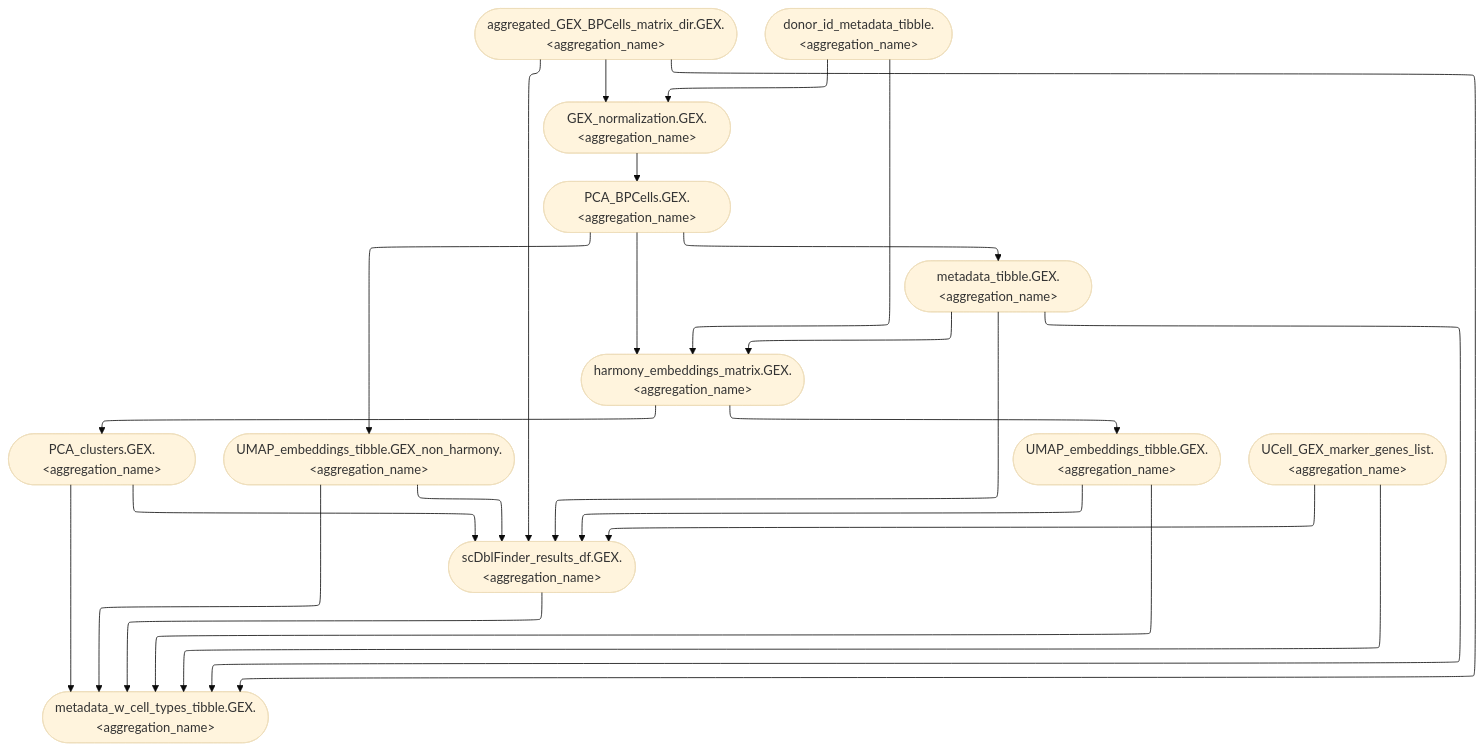
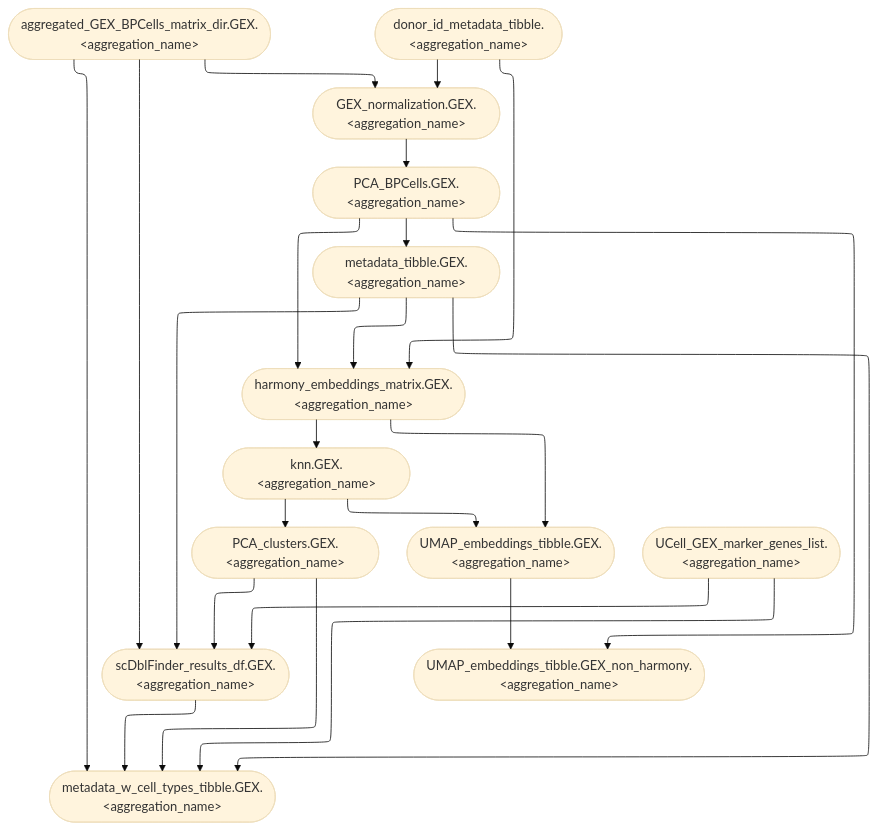
The diagram in website/figures/human_curated/GEX_v2.mmd (koefoeden/multiomeR), drawn with Mermaid (base theme) before and after one commit. The commit also changed 13 other files, not shown here.

First line of the commit message:
Refresh the manual's graphs, demo outputs and defaults

```diff
--- a/website/figures/human_curated/GEX_v2.mmd
+++ b/website/figures/human_curated/GEX_v2.mmd
@@ -1,25 +1,24 @@
 %%{init: {'flowchart': {'defaultRenderer': 'elk'}}}%%
 flowchart TB
   PCA_BPCells.GEX.ENCODE_heart_LV_6x(["PCA_BPCells.GEX.&lt;aggregation_name&gt;"]):::none --> harmony_embeddings_matrix.GEX.ENCODE_heart_LV_6x(["harmony_embeddings_matrix.GEX.&lt;aggregation_name&gt;"]):::none
+  harmony_embeddings_matrix.GEX.ENCODE_heart_LV_6x(["harmony_embeddings_matrix.GEX.&lt;aggregation_name&gt;"]):::none --> knn.GEX.ENCODE_heart_LV_6x(["knn.GEX.&lt;aggregation_name&gt;"]):::none
   PCA_BPCells.GEX.ENCODE_heart_LV_6x(["PCA_BPCells.GEX.&lt;aggregation_name&gt;"]):::none --> metadata_tibble.GEX.ENCODE_heart_LV_6x(["metadata_tibble.GEX.&lt;aggregation_name&gt;"]):::none
   scDblFinder_results_df.GEX.ENCODE_heart_LV_6x(["scDblFinder_results_df.GEX.&lt;aggregation_name&gt;"]):::none --> metadata_w_cell_types_tibble.GEX.ENCODE_heart_LV_6x(["metadata_w_cell_types_tibble.GEX.&lt;aggregation_name&gt;"]):::none
   GEX_normalization.GEX.ENCODE_heart_LV_6x(["GEX_normalization.GEX.&lt;aggregation_name&gt;"]):::none --> PCA_BPCells.GEX.ENCODE_heart_LV_6x(["PCA_BPCells.GEX.&lt;aggregation_name&gt;"]):::none
-  harmony_embeddings_matrix.GEX.ENCODE_heart_LV_6x(["harmony_embeddings_matrix.GEX.&lt;aggregation_name&gt;"]):::none --> PCA_clusters.GEX.ENCODE_heart_LV_6x(["PCA_clusters.GEX.&lt;aggregation_name&gt;"]):::none
+  knn.GEX.ENCODE_heart_LV_6x(["knn.GEX.&lt;aggregation_name&gt;"]):::none --> PCA_clusters.GEX.ENCODE_heart_LV_6x(["PCA_clusters.GEX.&lt;aggregation_name&gt;"]):::none
   PCA_BPCells.GEX.ENCODE_heart_LV_6x(["PCA_BPCells.GEX.&lt;aggregation_name&gt;"]):::none --> UMAP_embeddings_tibble.GEX_non_harmony.ENCODE_heart_LV_6x(["UMAP_embeddings_tibble.GEX_non_harmony.&lt;aggregation_name&gt;"]):::none
+  UMAP_embeddings_tibble.GEX.ENCODE_heart_LV_6x(["UMAP_embeddings_tibble.GEX.&lt;aggregation_name&gt;"]):::none --> UMAP_embeddings_tibble.GEX_non_harmony.ENCODE_heart_LV_6x(["UMAP_embeddings_tibble.GEX_non_harmony.&lt;aggregation_name&gt;"]):::none
   harmony_embeddings_matrix.GEX.ENCODE_heart_LV_6x(["harmony_embeddings_matrix.GEX.&lt;aggregation_name&gt;"]):::none --> UMAP_embeddings_tibble.GEX.ENCODE_heart_LV_6x(["UMAP_embeddings_tibble.GEX.&lt;aggregation_name&gt;"]):::none
+  knn.GEX.ENCODE_heart_LV_6x(["knn.GEX.&lt;aggregation_name&gt;"]):::none --> UMAP_embeddings_tibble.GEX.ENCODE_heart_LV_6x(["UMAP_embeddings_tibble.GEX.&lt;aggregation_name&gt;"]):::none
   aggregated_GEX_BPCells_matrix_dir.GEX.ENCODE_heart_LV_6x(["aggregated_GEX_BPCells_matrix_dir.GEX.&lt;aggregation_name&gt;"]):::none --> GEX_normalization.GEX.ENCODE_heart_LV_6x(["GEX_normalization.GEX.&lt;aggregation_name&gt;"]):::none
   aggregated_GEX_BPCells_matrix_dir.GEX.ENCODE_heart_LV_6x(["aggregated_GEX_BPCells_matrix_dir.GEX.&lt;aggregation_name&gt;"]):::none --> scDblFinder_results_df.GEX.ENCODE_heart_LV_6x(["scDblFinder_results_df.GEX.&lt;aggregation_name&gt;"]):::none
   aggregated_GEX_BPCells_matrix_dir.GEX.ENCODE_heart_LV_6x(["aggregated_GEX_BPCells_matrix_dir.GEX.&lt;aggregation_name&gt;"]):::none --> metadata_w_cell_types_tibble.GEX.ENCODE_heart_LV_6x(["metadata_w_cell_types_tibble.GEX.&lt;aggregation_name&gt;"]):::none
+  PCA_clusters.GEX.ENCODE_heart_LV_6x(["PCA_clusters.GEX.&lt;aggregation_name&gt;"]):::none --> metadata_w_cell_types_tibble.GEX.ENCODE_heart_LV_6x(["metadata_w_cell_types_tibble.GEX.&lt;aggregation_name&gt;"]):::none
+  metadata_tibble.GEX.ENCODE_heart_LV_6x(["metadata_tibble.GEX.&lt;aggregation_name&gt;"]):::none --> metadata_w_cell_types_tibble.GEX.ENCODE_heart_LV_6x(["metadata_w_cell_types_tibble.GEX.&lt;aggregation_name&gt;"]):::none
   UCell_GEX_marker_genes_list.ENCODE_heart_LV_6x(["UCell_GEX_marker_genes_list.&lt;aggregation_name&gt;"]):::none --> metadata_w_cell_types_tibble.GEX.ENCODE_heart_LV_6x(["metadata_w_cell_types_tibble.GEX.&lt;aggregation_name&gt;"]):::none
-  PCA_clusters.GEX.ENCODE_heart_LV_6x(["PCA_clusters.GEX.&lt;aggregation_name&gt;"]):::none --> metadata_w_cell_types_tibble.GEX.ENCODE_heart_LV_6x(["metadata_w_cell_types_tibble.GEX.&lt;aggregation_name&gt;"]):::none
-  UMAP_embeddings_tibble.GEX.ENCODE_heart_LV_6x(["UMAP_embeddings_tibble.GEX.&lt;aggregation_name&gt;"]):::none --> metadata_w_cell_types_tibble.GEX.ENCODE_heart_LV_6x(["metadata_w_cell_types_tibble.GEX.&lt;aggregation_name&gt;"]):::none
-  metadata_tibble.GEX.ENCODE_heart_LV_6x(["metadata_tibble.GEX.&lt;aggregation_name&gt;"]):::none --> metadata_w_cell_types_tibble.GEX.ENCODE_heart_LV_6x(["metadata_w_cell_types_tibble.GEX.&lt;aggregation_name&gt;"]):::none
-  UMAP_embeddings_tibble.GEX_non_harmony.ENCODE_heart_LV_6x(["UMAP_embeddings_tibble.GEX_non_harmony.&lt;aggregation_name&gt;"]):::none --> metadata_w_cell_types_tibble.GEX.ENCODE_heart_LV_6x(["metadata_w_cell_types_tibble.GEX.&lt;aggregation_name&gt;"]):::none
+  PCA_clusters.GEX.ENCODE_heart_LV_6x(["PCA_clusters.GEX.&lt;aggregation_name&gt;"]):::none --> scDblFinder_results_df.GEX.ENCODE_heart_LV_6x(["scDblFinder_results_df.GEX.&lt;aggregation_name&gt;"]):::none
+  metadata_tibble.GEX.ENCODE_heart_LV_6x(["metadata_tibble.GEX.&lt;aggregation_name&gt;"]):::none --> scDblFinder_results_df.GEX.ENCODE_heart_LV_6x(["scDblFinder_results_df.GEX.&lt;aggregation_name&gt;"]):::none
   UCell_GEX_marker_genes_list.ENCODE_heart_LV_6x(["UCell_GEX_marker_genes_list.&lt;aggregation_name&gt;"]):::none --> scDblFinder_results_df.GEX.ENCODE_heart_LV_6x(["scDblFinder_results_df.GEX.&lt;aggregation_name&gt;"]):::none
-  PCA_clusters.GEX.ENCODE_heart_LV_6x(["PCA_clusters.GEX.&lt;aggregation_name&gt;"]):::none --> scDblFinder_results_df.GEX.ENCODE_heart_LV_6x(["scDblFinder_results_df.GEX.&lt;aggregation_name&gt;"]):::none
-  UMAP_embeddings_tibble.GEX.ENCODE_heart_LV_6x(["UMAP_embeddings_tibble.GEX.&lt;aggregation_name&gt;"]):::none --> scDblFinder_results_df.GEX.ENCODE_heart_LV_6x(["scDblFinder_results_df.GEX.&lt;aggregation_name&gt;"]):::none
-  metadata_tibble.GEX.ENCODE_heart_LV_6x(["metadata_tibble.GEX.&lt;aggregation_name&gt;"]):::none --> scDblFinder_results_df.GEX.ENCODE_heart_LV_6x(["scDblFinder_results_df.GEX.&lt;aggregation_name&gt;"]):::none
-  UMAP_embeddings_tibble.GEX_non_harmony.ENCODE_heart_LV_6x(["UMAP_embeddings_tibble.GEX_non_harmony.&lt;aggregation_name&gt;"]):::none --> scDblFinder_results_df.GEX.ENCODE_heart_LV_6x(["scDblFinder_results_df.GEX.&lt;aggregation_name&gt;"]):::none
   donor_id_metadata_tibble.ENCODE_heart_LV_6x(["donor_id_metadata_tibble.&lt;aggregation_name&gt;"]):::none --> harmony_embeddings_matrix.GEX.ENCODE_heart_LV_6x(["harmony_embeddings_matrix.GEX.&lt;aggregation_name&gt;"]):::none
   donor_id_metadata_tibble.ENCODE_heart_LV_6x(["donor_id_metadata_tibble.&lt;aggregation_name&gt;"]):::none --> GEX_normalization.GEX.ENCODE_heart_LV_6x(["GEX_normalization.GEX.&lt;aggregation_name&gt;"]):::none
   metadata_tibble.GEX.ENCODE_heart_LV_6x(["metadata_tibble.GEX.&lt;aggregation_name&gt;"]):::none --> harmony_embeddings_matrix.GEX.ENCODE_heart_LV_6x(["harmony_embeddings_matrix.GEX.&lt;aggregation_name&gt;"]):::none
```
